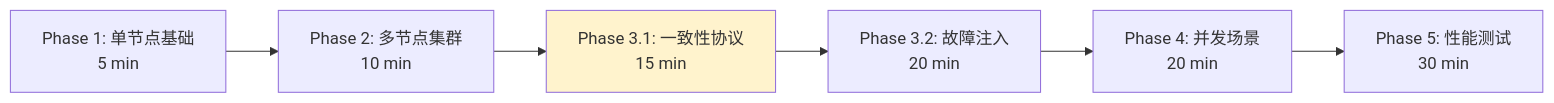
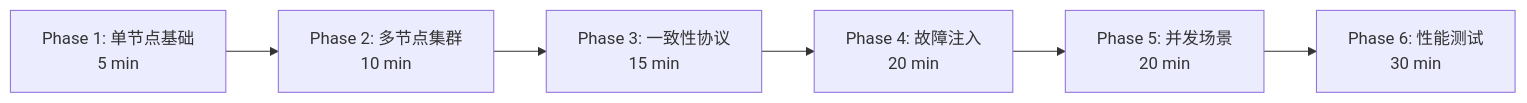
Before and after one commit to jzhang405/NexKV: the diagram in docs/04_test/2026-02-13_PR-061_e2e-testing-framework_Pre.md, drawn with Mermaid. The commit also changed other lines of this file and 5 other files, not shown here.

````diff
--- a/docs/04_test/2026-02-13_PR-061_e2e-testing-framework_Pre.md
+++ b/docs/04_test/2026-02-13_PR-061_e2e-testing-framework_Pre.md
@@ -70,10 +70,8 @@
 ```mermaid
 flowchart LR
     A[Phase 1: 单节点基础<br/>5 min] --> B[Phase 2: 多节点集群<br/>10 min]
-    B --> C[Phase 3.1: 一致性协议<br/>15 min]
-    C --> D[Phase 3.2: 故障注入<br/>20 min]
-    D --> E[Phase 4: 并发场景<br/>20 min]
-    E --> F[Phase 5: 性能测试<br/>30 min]
-
-    style C fill:#fff3cd
+    B --> C[Phase 3: 一致性协议<br/>15 min]
+    C --> D[Phase 4: 故障注入<br/>20 min]
+    D --> E[Phase 5: 并发场景<br/>20 min]
+    E --> F[Phase 6: 性能测试<br/>30 min]
 ```
````
